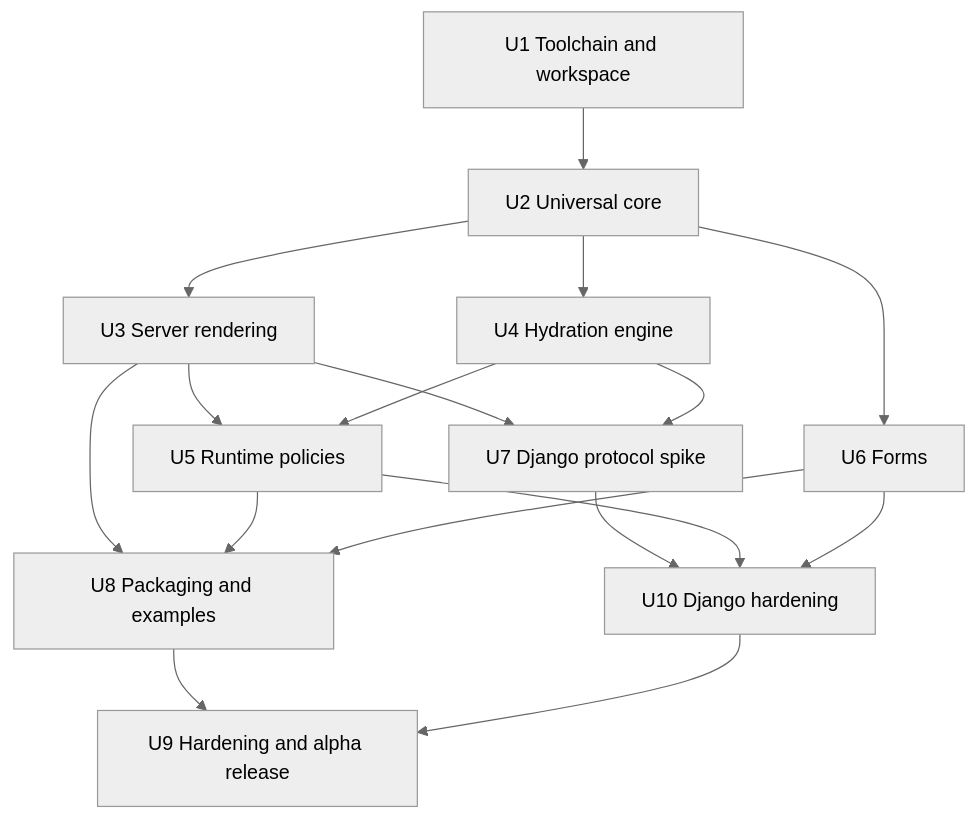
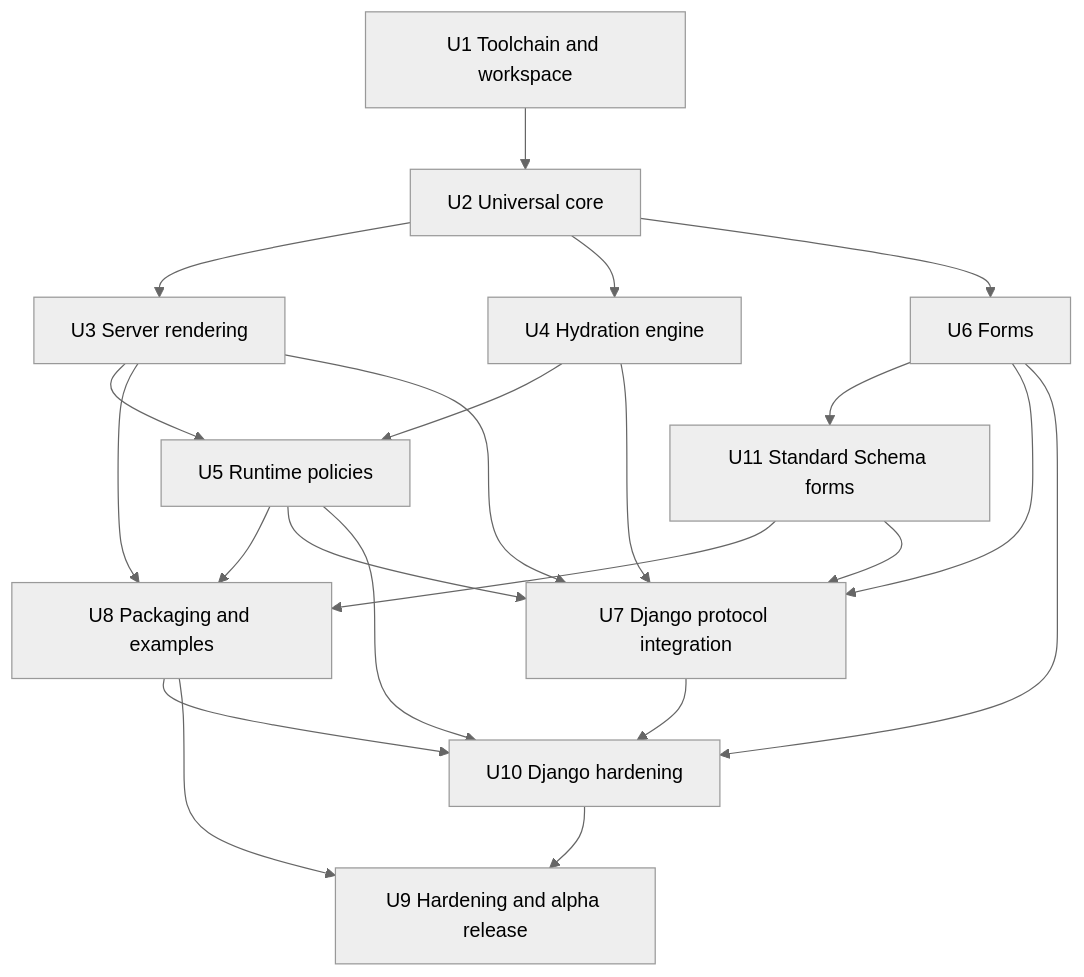
Before and after one commit to raisiqueira/taipa: the fourth of 4 diagrams in docs/plans/2026-07-20-001-feat-taipa-alpha-implementation-plan.md, drawn with Mermaid (neutral theme). The commit also changed other lines of this file, not shown here.

Commit message:
docs: update alpha plan for schema support

````diff
--- a/docs/plans/2026-07-20-001-feat-taipa-alpha-implementation-plan.md
+++ b/docs/plans/2026-07-20-001-feat-taipa-alpha-implementation-plan.md
@@ -309,19 +320,24 @@
 ```mermaid
 flowchart TB
   U1["U1 Toolchain and workspace"] --> U2["U2 Universal core"]
   U2 --> U3["U3 Server rendering"]
   U2 --> U4["U4 Hydration engine"]
-  U3 --> U7["U7 Django protocol spike"]
-  U4 --> U7
   U3 --> U5["U5 Runtime policies"]
   U4 --> U5
   U2 --> U6["U6 Forms"]
+  U6 --> U11["U11 Standard Schema forms"]
   U3 --> U8["U8 Packaging and examples"]
   U5 --> U8
-  U6 --> U8
+  U11 --> U8
+  U3 --> U7["U7 Django protocol integration"]
+  U4 --> U7
+  U5 --> U7
+  U6 --> U7
+  U11 --> U7
   U7 --> U10["U10 Django hardening"]
+  U8 --> U10
   U5 --> U10
   U6 --> U10
   U8 --> U9["U9 Hardening and alpha release"]
   U10 --> U9
 ```
````
